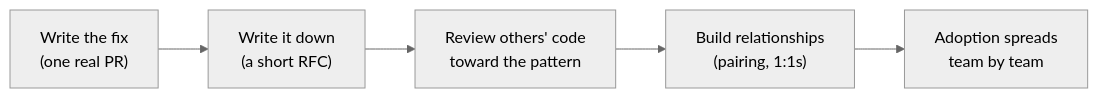
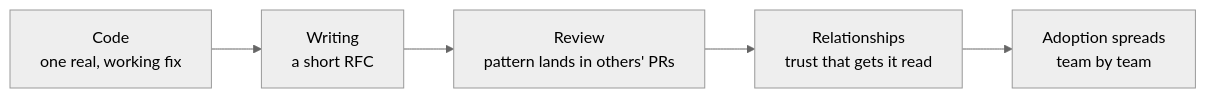
The diagram in src/content/git-teamwork/technical-leadership/L1-summary.mdx (francoandreDev/knowledge), drawn with Mermaid (neutral theme) before and after one commit. The commit also changed other lines of this file and 3 other files, not shown here.

````diff
--- a/src/content/git-teamwork/technical-leadership/L1-summary.mdx
+++ b/src/content/git-teamwork/technical-leadership/L1-summary.mdx
@@ -76,7 +79,7 @@
 ```mermaid
 flowchart LR
-    A["Write the fix\n(one real PR)"] --> B["Write it down\n(a short RFC)"]
-    B --> C["Review others' code\ntoward the pattern"]
-    C --> D["Build relationships\n(pairing, 1:1s)"]
-    D --> E["Adoption spreads\nteam by team"]
+    A["Code<br/>one real, working fix"] --> B["Writing<br/>a short RFC"]
+    B --> C["Review<br/>pattern lands in others' PRs"]
+    C --> D["Relationships<br/>trust that gets it read"]
+    D --> E["Adoption spreads<br/>team by team"]
 ```
````
